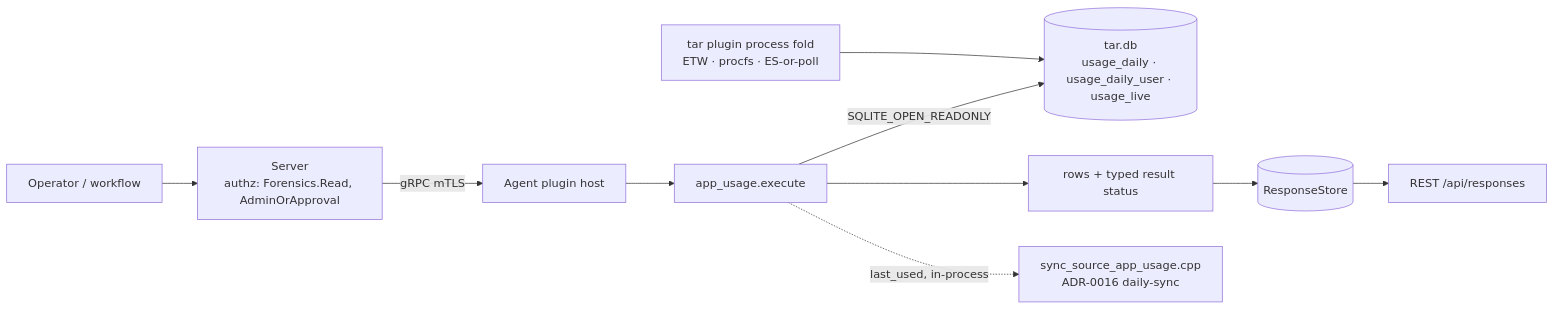
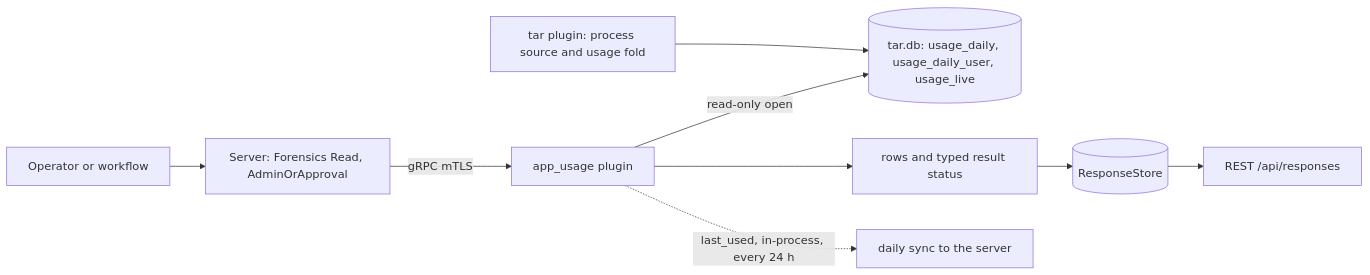
Before and after one commit to DevNullLtd/Yuzu: the first of 3 diagrams in agents/plugins/app_usage/README.md, drawn with Mermaid. The commit also changed other lines of this file and 5 other files, not shown here.

Commit message:
docs(plugins): refresh the app_usage, msi_packages and pkg_inventory READMEs

````diff
--- a/agents/plugins/app_usage/README.md
+++ b/agents/plugins/app_usage/README.md
@@ -21,9 +25,10 @@
 ```mermaid
 flowchart LR
-  OP[Operator / workflow] --> SRV[Server<br/>authz: Forensics.Read, AdminOrApproval]
-  SRV -- gRPC mTLS --> HOST[Agent plugin host] --> EX[app_usage.execute]
-  EX -- SQLITE_OPEN_READONLY --> DB[(tar.db<br/>usage_daily · usage_daily_user · usage_live)]
-  TAR[tar plugin process fold<br/>ETW · procfs · ES-or-poll] --> DB
-  EX --> ROWS[rows + typed result status] --> RS[(ResponseStore)] --> API[REST /api/responses]
-  EX -.->|last_used, in-process| SYNC[sync_source_app_usage.cpp<br/>ADR-0016 daily-sync]
+  OP["Operator or workflow"] --> SRV["Server: Forensics Read, AdminOrApproval"]
+  SRV -->|"gRPC mTLS"| EX["app_usage plugin"]
+  TAR["tar plugin: process source and usage fold"] --> DB[("tar.db: usage_daily, usage_daily_user, usage_live")]
+  EX -->|"read-only open"| DB
+  EX --> ROWS["rows and typed result status"]
+  ROWS --> RS[("ResponseStore")] --> API["REST /api/responses"]
+  EX -.->|"last_used, in-process, every 24 h"| SYNC["daily sync to the server"]
 ```
````
